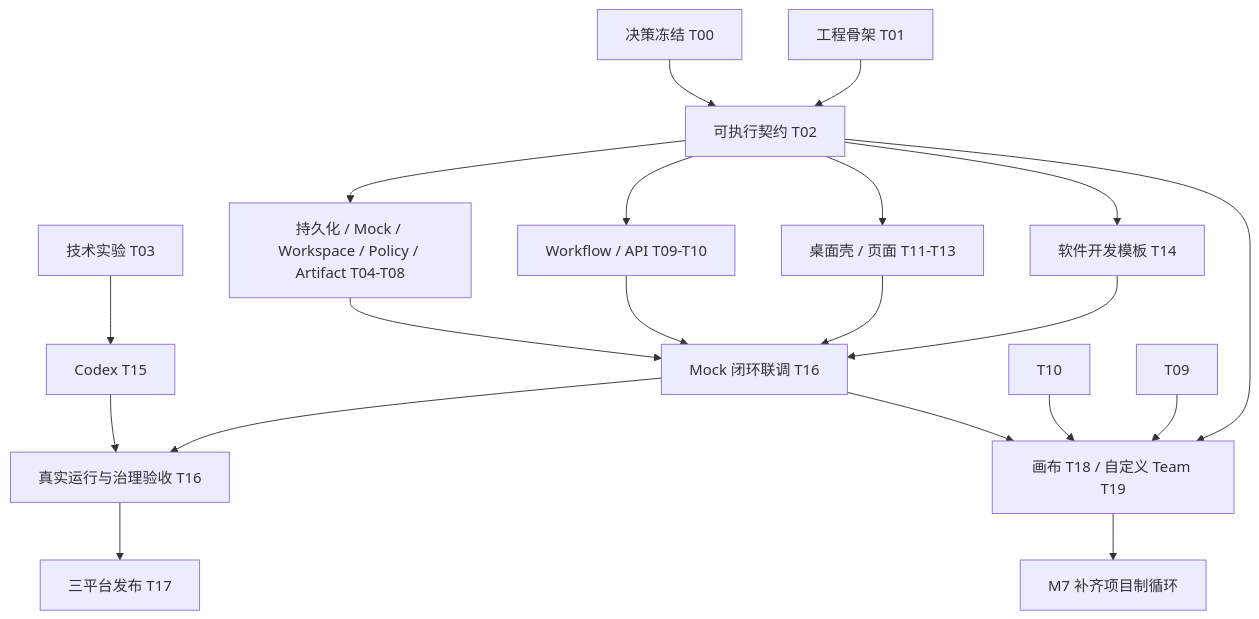
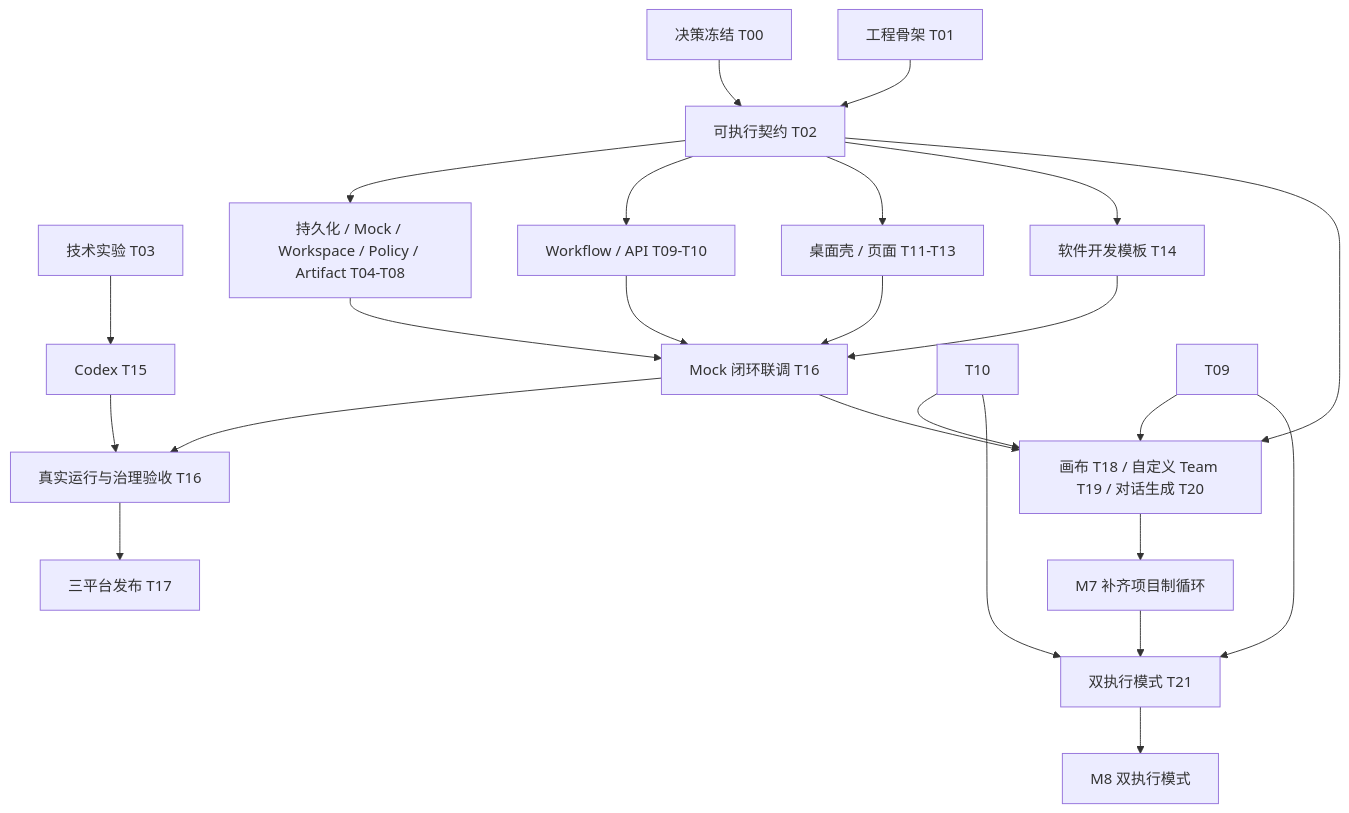
Before and after one commit to nicechencs/workforce: the diagram in docs/planning/02-development-task-backlog.md, drawn with Mermaid. The commit also changed other lines of this file and 9 other files, not shown here.

```diff
--- a/docs/planning/02-development-task-backlog.md
+++ b/docs/planning/02-development-task-backlog.md
@@ -32,22 +33,26 @@
 ~~~mermaid
 flowchart TD
   T00[决策冻结 T00] --> T02[可执行契约 T02]
   T01[工程骨架 T01] --> T02
   T03[技术实验 T03] --> T15[Codex T15]
   T02 --> Infra[持久化 / Mock / Workspace / Policy / Artifact T04-T08]
   T02 --> Core[Workflow / API T09-T10]
   T02 --> Desktop[桌面壳 / 页面 T11-T13]
   T02 --> Template[软件开发模板 T14]
   Infra --> M3[Mock 闭环联调 T16]
   Core --> M3
   Desktop --> M3
   Template --> M3
   M3 --> Live[真实运行与治理验收 T16]
   T15 --> Live
   Live --> T17[三平台发布 T17]
-  T02 --> Orchestration[画布 T18 / 自定义 Team T19]
+  T02 --> Orchestration[画布 T18 / 自定义 Team T19 / 对话生成 T20]
   T10 --> Orchestration
   T09 --> Orchestration
   M3 --> Orchestration
   Orchestration --> M7[M7 补齐项目制循环]
+  M7 --> Dual[双执行模式 T21]
+  T09 --> Dual
+  T10 --> Dual
+  Dual --> M8[M8 双执行模式]
 ~~~
```
